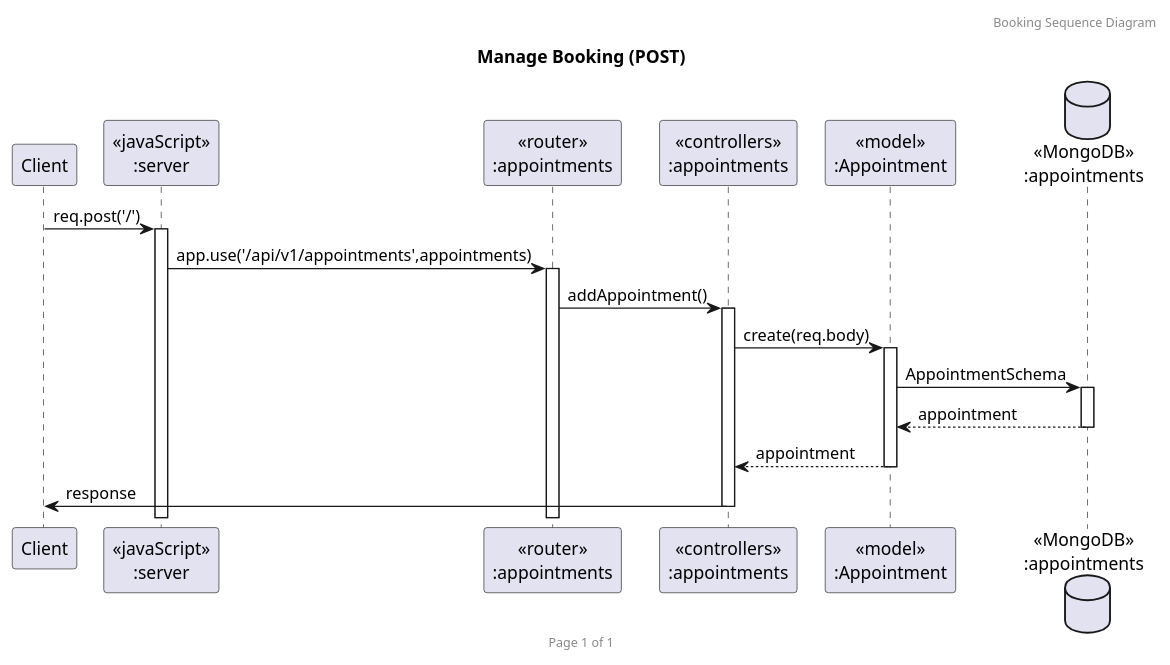
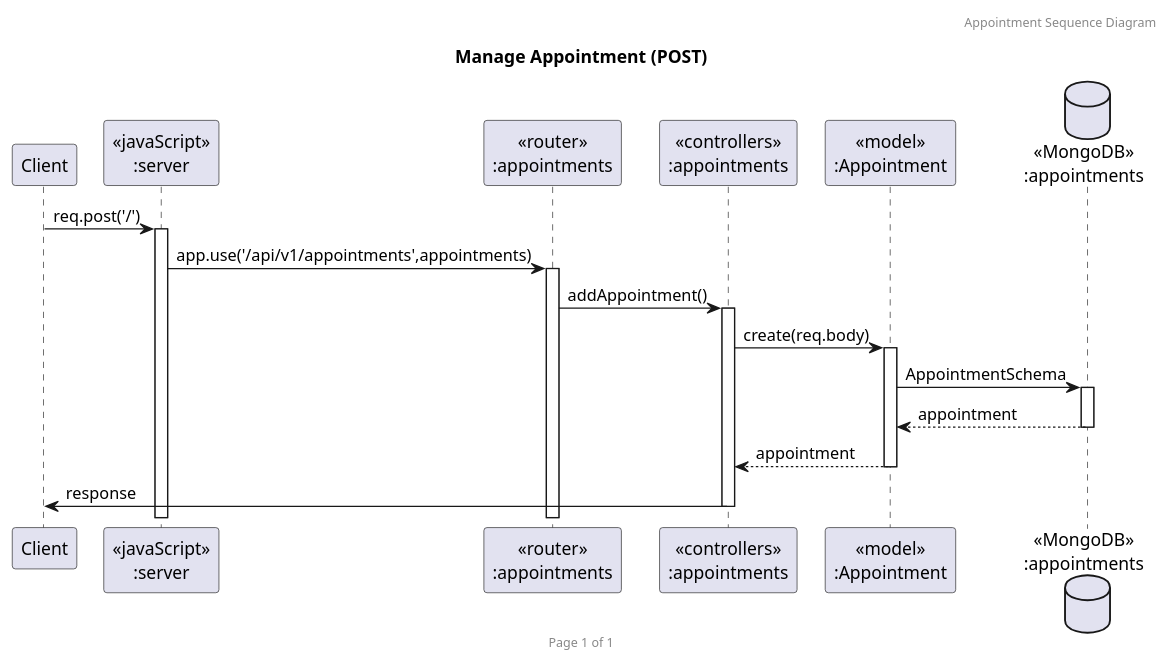
The diagram in SequenceDiagram/apptpost.puml (2110503TACEDT66/presentation-day-1-privacy), drawn with PlantUML before and after one commit. The commit also changed 10 other files, not shown here.

```diff
--- a/SequenceDiagram/apptpost.puml
+++ b/SequenceDiagram/apptpost.puml
@@ -1,23 +1,23 @@
-@startuml Manage Booking (POST)
+@startuml Manage Appointment (POST)
 
-header Booking Sequence Diagram
+header Appointment Sequence Diagram
 footer Page %page% of %lastpage%
-title "Manage Booking (POST)"
+title "Manage Appointment (POST)"
 
 participant "Client" as client
 participant "<<javaScript>>\n:server" as server
 participant "<<router>>\n:appointments" as routerAppointments
 participant "<<controllers>>\n:appointments" as controllersAppointments
 participant "<<model>>\n:Appointment" as modelAppointments
 database "<<MongoDB>>\n:appointments" as AppointmentsDatabase
 
 client->server ++:req.post('/')
 server->routerAppointments ++:app.use('/api/v1/appointments',appointments)
 routerAppointments -> controllersAppointments ++:addAppointment()
 controllersAppointments->modelAppointments ++:create(req.body)
 modelAppointments ->AppointmentsDatabase ++:AppointmentSchema
 AppointmentsDatabase --> modelAppointments --:appointment
 controllersAppointments <-- modelAppointments --:appointment
 controllersAppointments->client --:response
 
 @enduml
```
